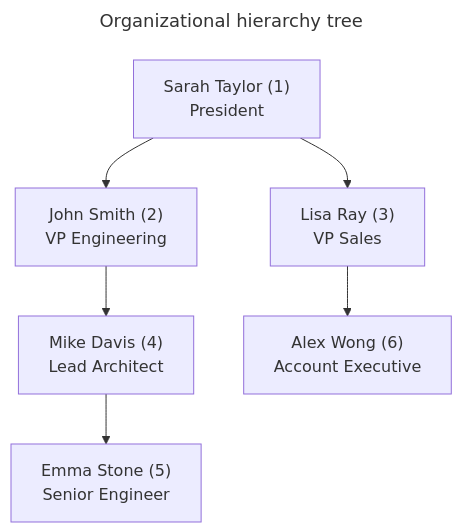
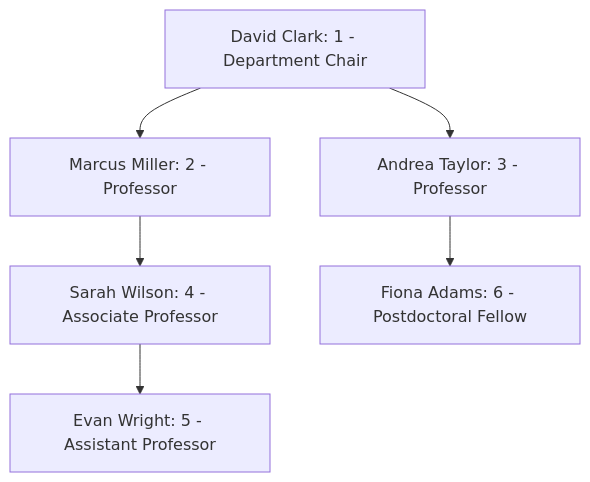
One commit to VineethChivukula/dedocs changed the first of 3 diagrams in content/sql/recursive-queries-and-graph-traversals.md. Above: the diagram before and after it, drawn with Mermaid. The commit also changed other lines of this file and 26 other files, not shown here.

````diff
--- a/content/sql/recursive-queries-and-graph-traversals.md
+++ b/content/sql/recursive-queries-and-graph-traversals.md
@@ -24,18 +45,15 @@
 ```mermaid
----
-title: Organizational hierarchy tree
----
 flowchart TD
-    Sarah["Sarah Taylor (1)<br/>President"]
-    John["John Smith (2)<br/>VP Engineering"]
-    Lisa["Lisa Ray (3)<br/>VP Sales"]
-    Mike["Mike Davis (4)<br/>Lead Architect"]
-    Emma["Emma Stone (5)<br/>Senior Engineer"]
-    Alex["Alex Wong (6)<br/>Account Executive"]
+    David["David Clark: 1 - Department Chair"]
+    Marcus["Marcus Miller: 2 - Professor"]
+    Andrea["Andrea Taylor: 3 - Professor"]
+    Sarah["Sarah Wilson: 4 - Associate Professor"]
+    Evan["Evan Wright: 5 - Assistant Professor"]
+    Fiona["Fiona Adams: 6 - Postdoctoral Fellow"]
 
-    Sarah --> John
-    Sarah --> Lisa
-    John --> Mike
-    Mike --> Emma
-    Lisa --> Alex
+    David --> Marcus
+    David --> Andrea
+    Marcus --> Sarah
+    Sarah --> Evan
+    Andrea --> Fiona
 ```
````
